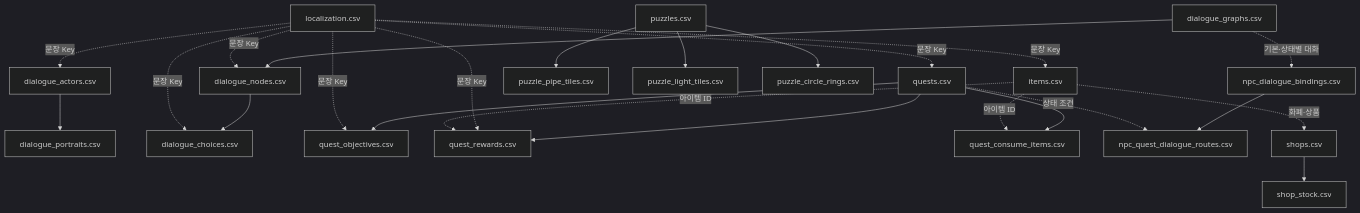
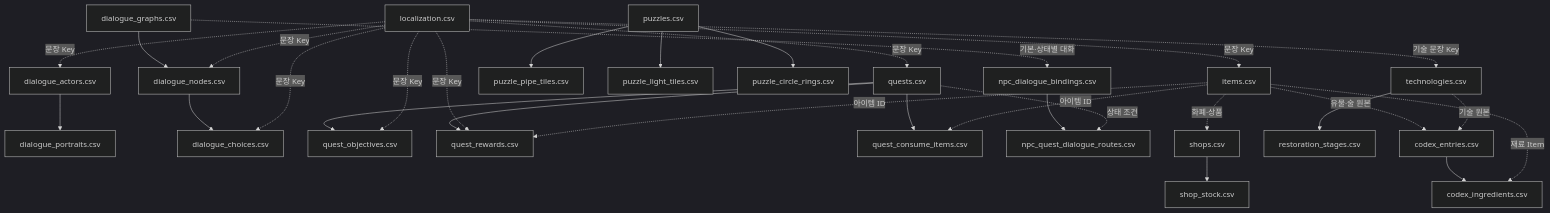
Before and after one commit to HOPPANG777/Project-Ruin: the second of 2 diagrams in Assets/_Game/Docs/CSV_Guide/PHASE_00_FOUNDATION/CSV_SYSTEM_OVERVIEW.md, drawn with Mermaid (dark theme). The commit also changed other lines of this file and 19 other files, not shown here.

````diff
--- a/Assets/_Game/Docs/CSV_Guide/PHASE_00_FOUNDATION/CSV_SYSTEM_OVERVIEW.md
+++ b/Assets/_Game/Docs/CSV_Guide/PHASE_00_FOUNDATION/CSV_SYSTEM_OVERVIEW.md
@@ -26,27 +26,33 @@
 ```mermaid
 flowchart TD
     LOC["localization.csv"]
     ITEM["items.csv"]
     ACTOR["dialogue_actors.csv"] --> PORTRAIT["dialogue_portraits.csv"]
     GRAPH["dialogue_graphs.csv"] --> NODE["dialogue_nodes.csv"] --> CHOICE["dialogue_choices.csv"]
     QUEST["quests.csv"] --> OBJ["quest_objectives.csv"]
     QUEST --> REWARD["quest_rewards.csv"]
     QUEST --> CONSUME["quest_consume_items.csv"]
     BIND["npc_dialogue_bindings.csv"] --> ROUTE["npc_quest_dialogue_routes.csv"]
     PUZZLE["puzzles.csv"] --> PIPE["puzzle_pipe_tiles.csv"]
     PUZZLE --> LIGHT["puzzle_light_tiles.csv"]
     PUZZLE --> CIRCLE["puzzle_circle_rings.csv"]
     SHOP["shops.csv"] --> STOCK["shop_stock.csv"]
+    TECH["technologies.csv"] --> STAGE["restoration_stages.csv"]
+    CODEX["codex_entries.csv"] --> ING["codex_ingredients.csv"]
     LOC -. "문장 Key" .-> ITEM
     LOC -. "문장 Key" .-> ACTOR
     LOC -. "문장 Key" .-> NODE
     LOC -. "문장 Key" .-> CHOICE
     LOC -. "문장 Key" .-> QUEST
     LOC -. "문장 Key" .-> OBJ
     LOC -. "문장 Key" .-> REWARD
     ITEM -. "아이템 ID" .-> REWARD
     ITEM -. "아이템 ID" .-> CONSUME
     ITEM -. "화폐·상품" .-> SHOP
     GRAPH -. "기본·상태별 대화" .-> BIND
     QUEST -. "상태 조건" .-> ROUTE
+    LOC -. "기술 문장 Key" .-> TECH
+    ITEM -. "유물·술 원본" .-> CODEX
+    TECH -. "기술 원본" .-> CODEX
+    ITEM -. "재료 Item" .-> ING
 ```
````
